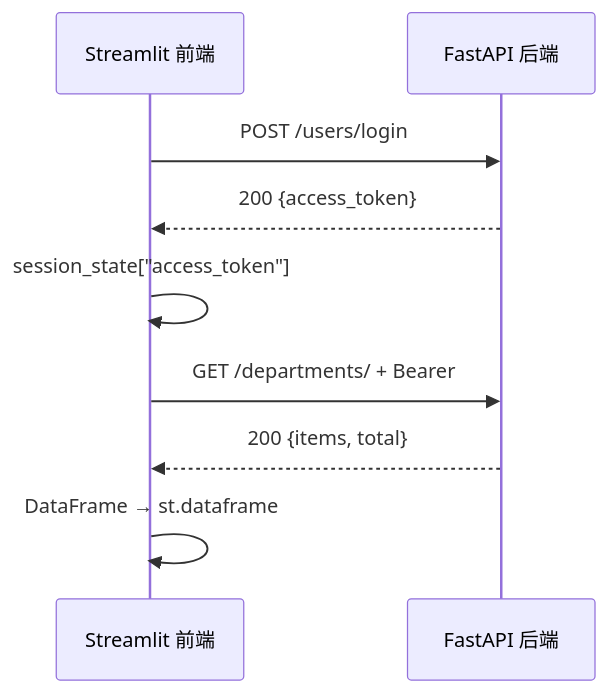
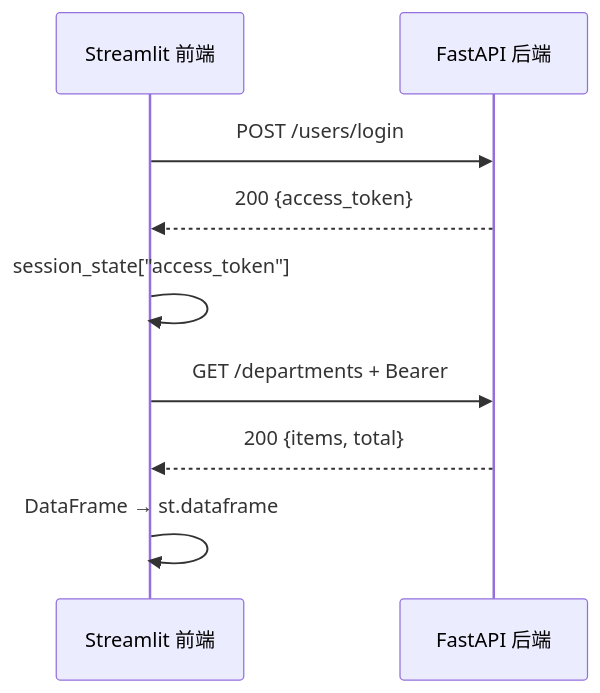
One commit to PrinZzzzjn/software-engineering-textbook changed the diagram in 软件工程实践-2.0/16-数据读取与展示.md. Above: the diagram before and after it, drawn with Mermaid. The commit also changed other lines of this file and 51 other files, not shown here.

````diff
--- a/软件工程实践-2.0/16-数据读取与展示.md
+++ b/软件工程实践-2.0/16-数据读取与展示.md
@@ -272,11 +272,11 @@
 ```mermaid
 sequenceDiagram
     participant F as Streamlit 前端
     participant B as FastAPI 后端
     F->>B: POST /users/login
     B-->>F: 200 {access_token}
     F->>F: session_state["access_token"]
-    F->>B: GET /departments/ + Bearer
+    F->>B: GET /departments + Bearer
     B-->>F: 200 {items, total}
     F->>F: DataFrame → st.dataframe
 ```
````
